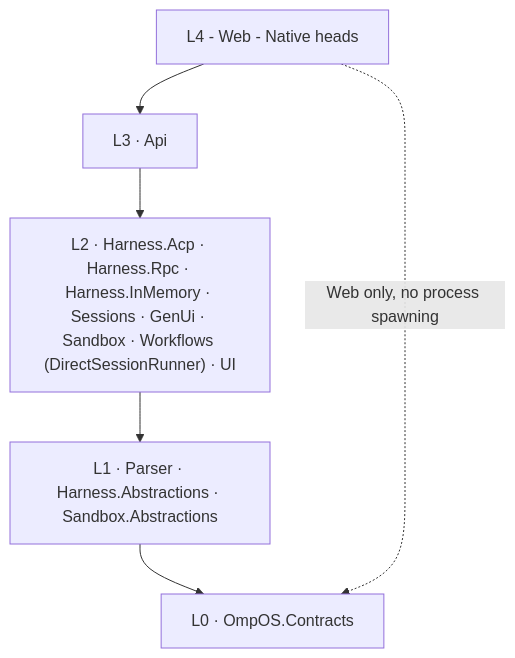
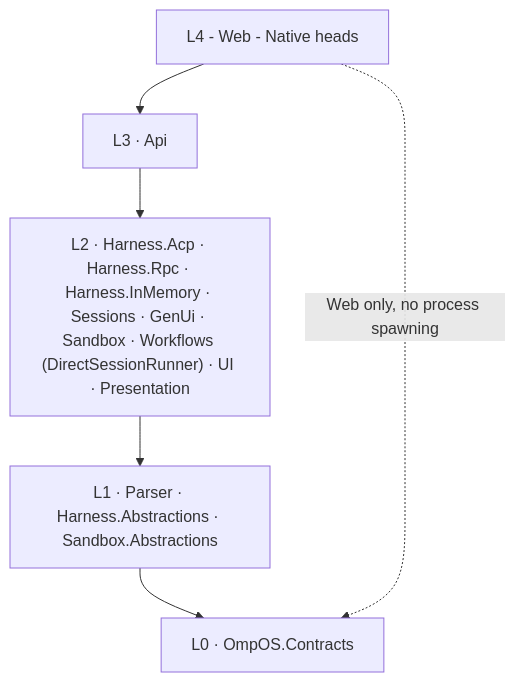
Before and after one commit to swcstudiospace/OmpOS: the diagram in docs/architecture.md, drawn with Mermaid. The commit also changed other lines of this file and 7 other files, not shown here.

First line of the commit message:
docs(v0.10.0): Phase 20 AT-SPI2 X11 evidence, Phase 22 platform records, architecture rows and open-question status

````diff
--- a/docs/architecture.md
+++ b/docs/architecture.md
@@ -7,13 +7,13 @@
 ```mermaid
 flowchart TB
     L0["L0 · OmpOS.Contracts"]
     L1["L1 · Parser · Harness.Abstractions · Sandbox.Abstractions"]
-    L2["L2 · Harness.Acp · Harness.Rpc · Harness.InMemory · Sessions · GenUi · Sandbox · Workflows (DirectSessionRunner) · UI"]
+    L2["L2 · Harness.Acp · Harness.Rpc · Harness.InMemory · Sessions · GenUi · Sandbox · Workflows (DirectSessionRunner) · UI · Presentation"]
     L3["L3 · Api"]
     L4["L4 - Web - Native heads"]
     L4 --> L3
     L3 --> L2
     L2 --> L1
     L1 --> L0
     L4 -. Web only, no process spawning .-> L0
 ```
````
